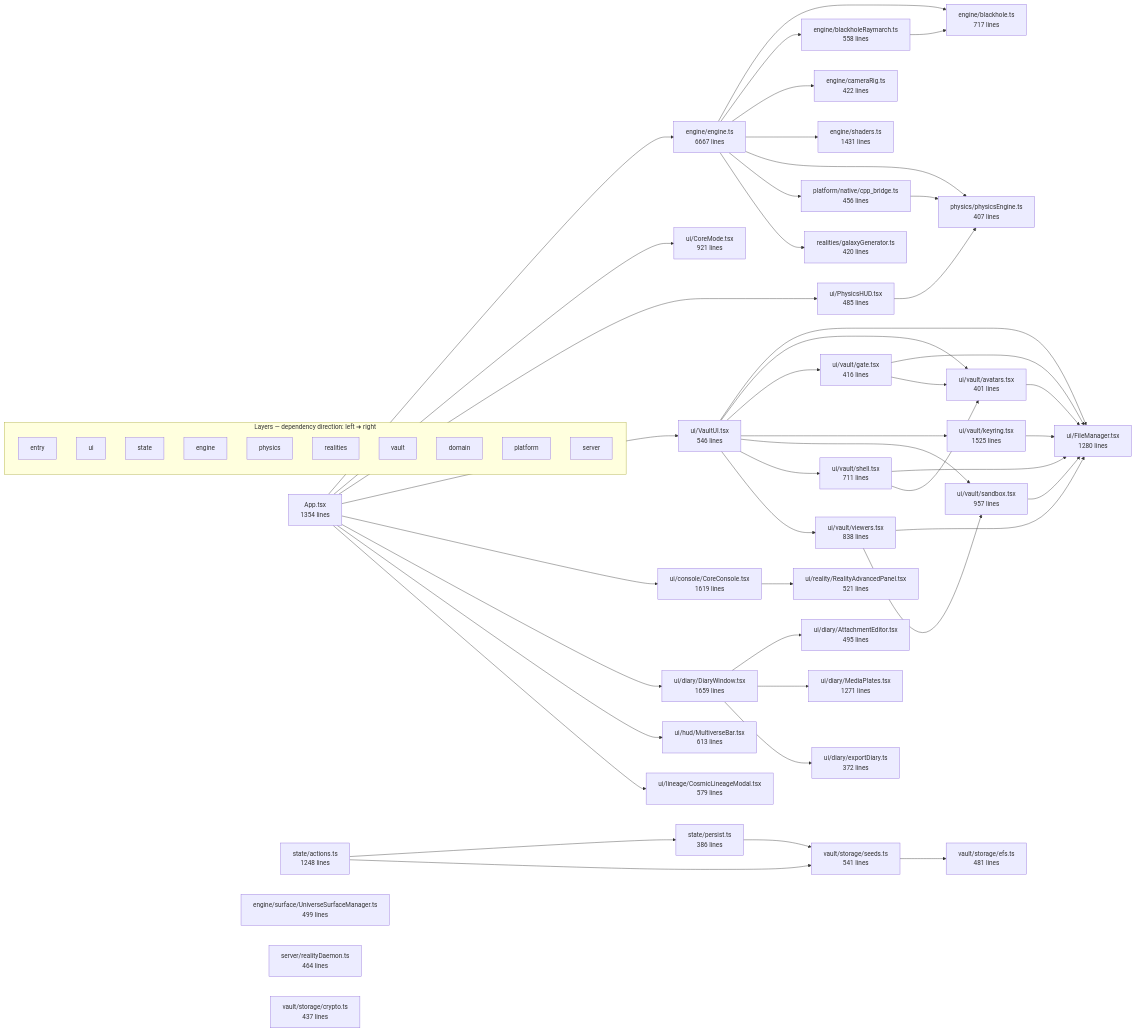
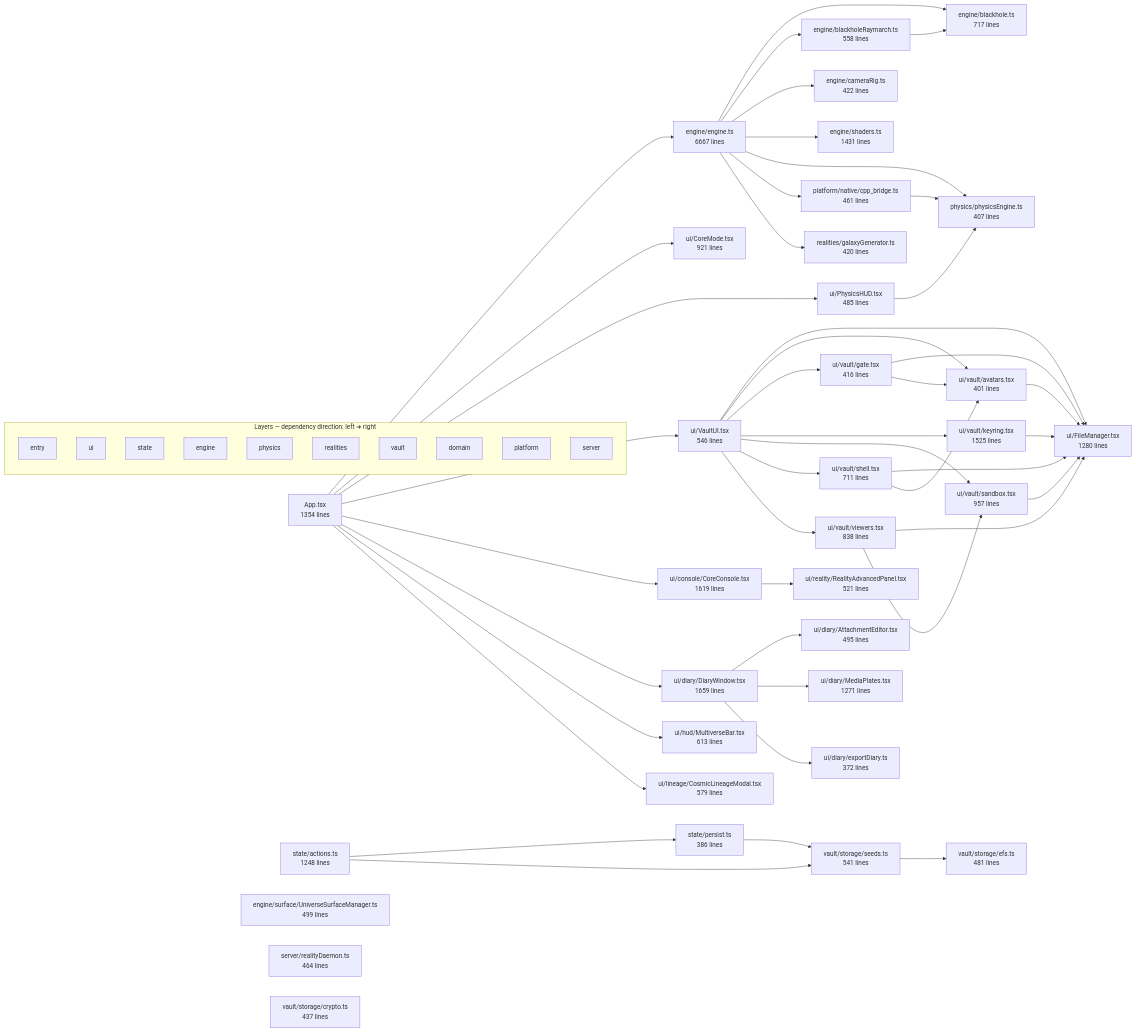
Before and after one commit to Chasin-Love/Chasin-Love-World: the diagram in docs/architecture-diagram.mmd, drawn with Mermaid. The commit also changed 15 other files, not shown here.

```diff
--- a/docs/architecture-diagram.mmd
+++ b/docs/architecture-diagram.mmd
@@ -37,7 +37,7 @@
     src_ui_PhysicsHUD_tsx["ui/PhysicsHUD.tsx<br>485 lines"]
     src_vault_storage_efs_ts["vault/storage/efs.ts<br>481 lines"]
     server_realityDaemon_ts["server/realityDaemon.ts<br>464 lines"]
-    src_platform_native_cpp_bridge_ts["platform/native/cpp_bridge.ts<br>456 lines"]
+    src_platform_native_cpp_bridge_ts["platform/native/cpp_bridge.ts<br>461 lines"]
     src_vault_storage_crypto_ts["vault/storage/crypto.ts<br>437 lines"]
     src_engine_cameraRig_ts["engine/cameraRig.ts<br>422 lines"]
     src_realities_galaxyGenerator_ts["realities/galaxyGenerator.ts<br>420 lines"]
```
